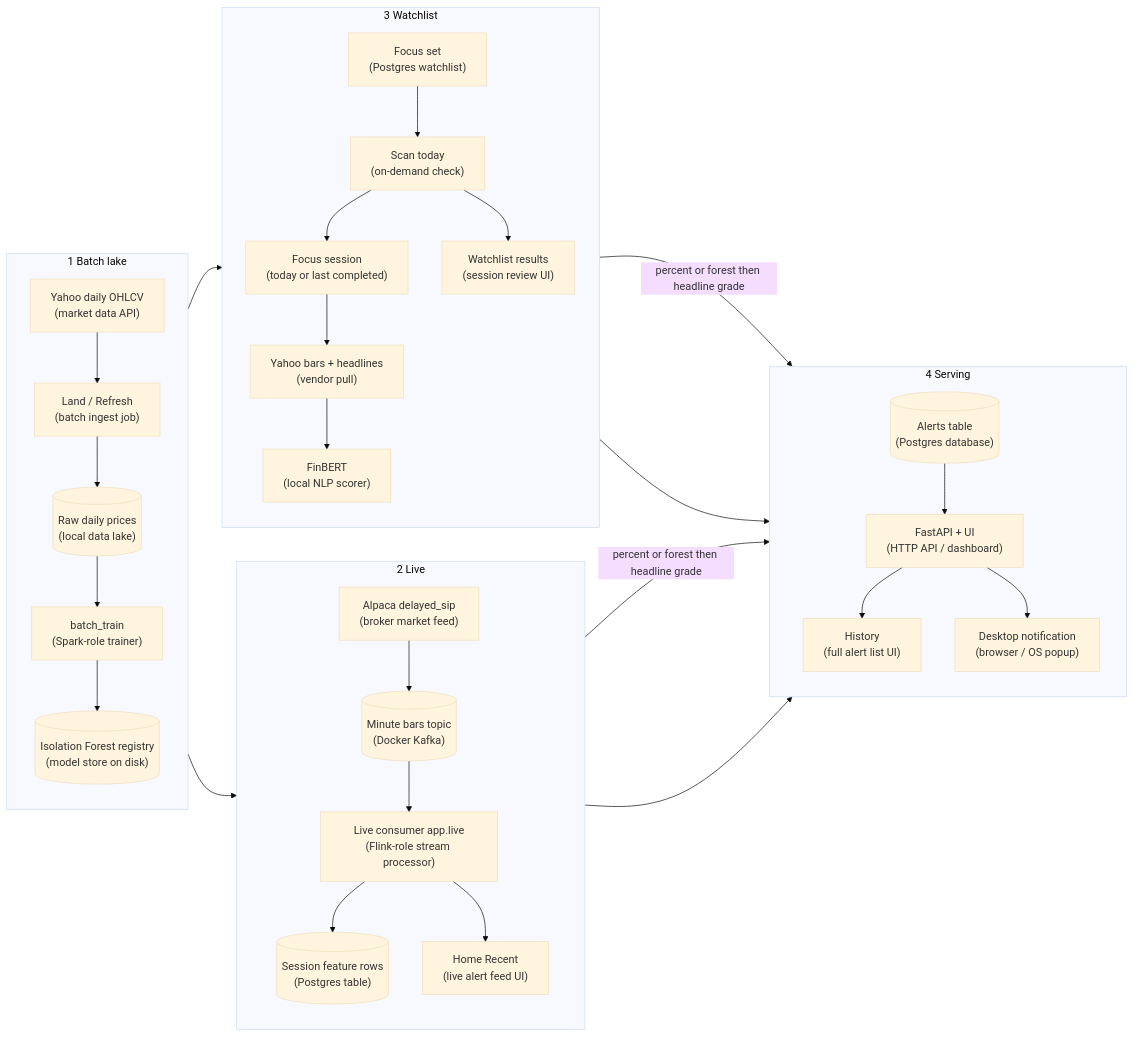
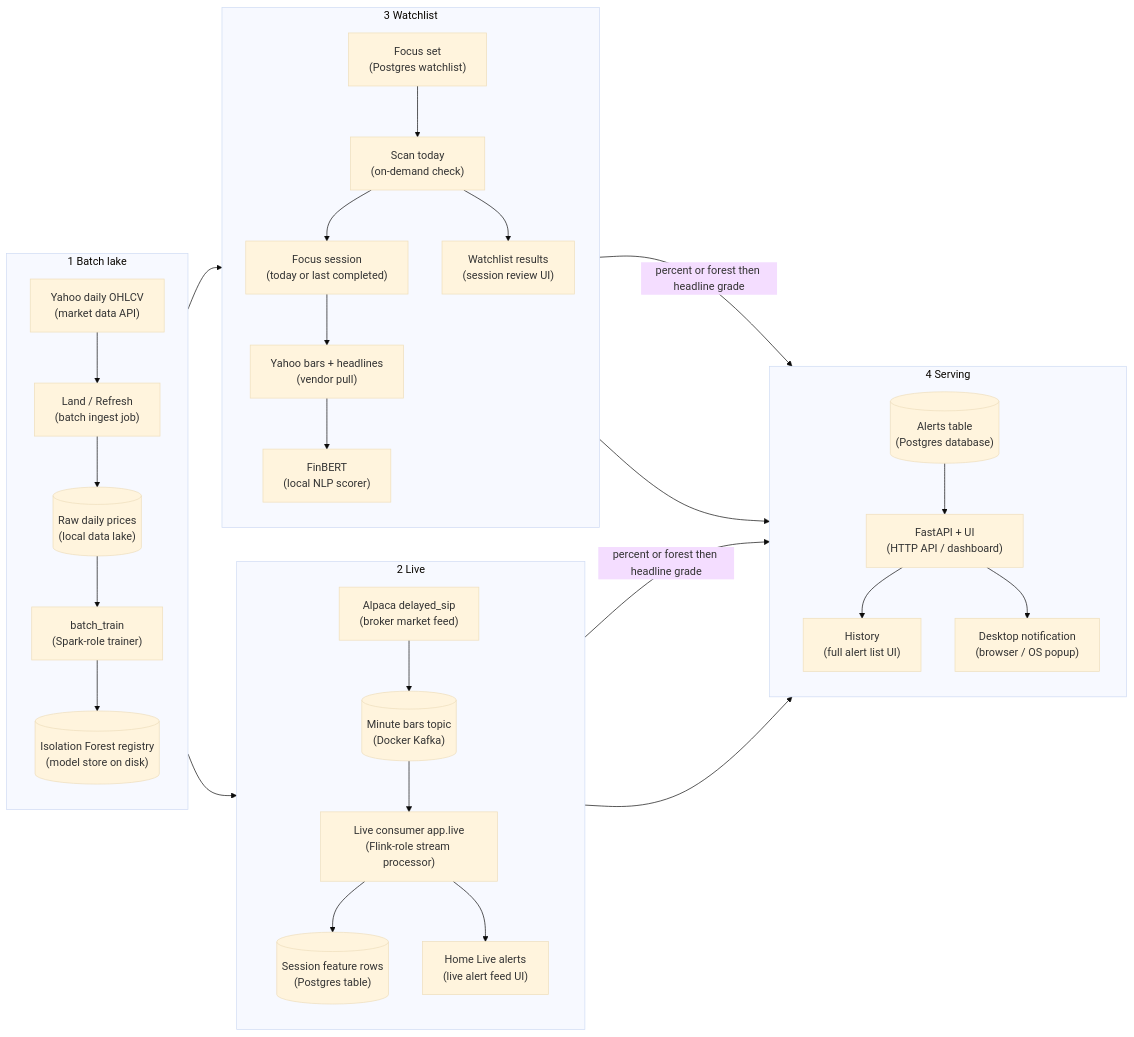
Before and after one commit to sameerde4/ticker-alert-system: the first of 10 diagrams in docs/architecture.md, drawn with Mermaid (base theme). The commit also changed other lines of this file and 8 other files, not shown here.

First line of the commit message:
Rename Home Recent alerts to Live alerts.

````diff
--- a/docs/architecture.md
+++ b/docs/architecture.md
@@ -104,41 +104,41 @@
 ```mermaid
 flowchart LR
     subgraph batch [1 Batch lake]
         direction TB
         YF["Yahoo daily OHLCV<br/>(market data API)"] --> LAND["Land / Refresh<br/>(batch ingest job)"]
         LAND --> RAW[("Raw daily prices<br/>(local data lake)")]
         RAW --> BT["batch_train<br/>(Spark-role trainer)"]
         BT --> REG[("Isolation Forest registry<br/>(model store on disk)")]
     end
 
     subgraph stream [2 Live]
         direction TB
         ALP["Alpaca delayed_sip<br/>(broker market feed)"] --> KAFKA[("Minute bars topic<br/>(Docker Kafka)")]
         KAFKA --> LIVE["Live consumer app.live<br/>(Flink-role stream processor)"]
         LIVE --> FEAT[("Session feature rows<br/>(Postgres table)")]
-        LIVE --> HOME["Home Recent<br/>(live alert feed UI)"]
+        LIVE --> HOME["Home Live alerts<br/>(live alert feed UI)"]
     end
 
     subgraph watch [3 Watchlist]
         direction TB
         WL["Focus set<br/>(Postgres watchlist)"] --> RUN["Scan today<br/>(on-demand check)"]
         RUN --> FOCUS["Focus session<br/>(today or last completed)"]
         FOCUS --> YB["Yahoo bars + headlines<br/>(vendor pull)"]
         YB --> FB["FinBERT<br/>(local NLP scorer)"]
         RUN --> CHECK["Watchlist results<br/>(session review UI)"]
     end
 
     subgraph serve [4 Serving]
         direction TB
         PG[("Alerts table<br/>(Postgres database)")] --> API["FastAPI + UI<br/>(HTTP API / dashboard)"]
         API --> HIST["History<br/>(full alert list UI)"]
         API --> NOTE["Desktop notification<br/>(browser / OS popup)"]
     end
 
     REG --> LIVE
     REG --> RUN
     LIVE -->|percent or forest then headline grade| PG
     RUN -->|percent or forest then headline grade| PG
     HOME --> API
     CHECK --> API
 ```
````
